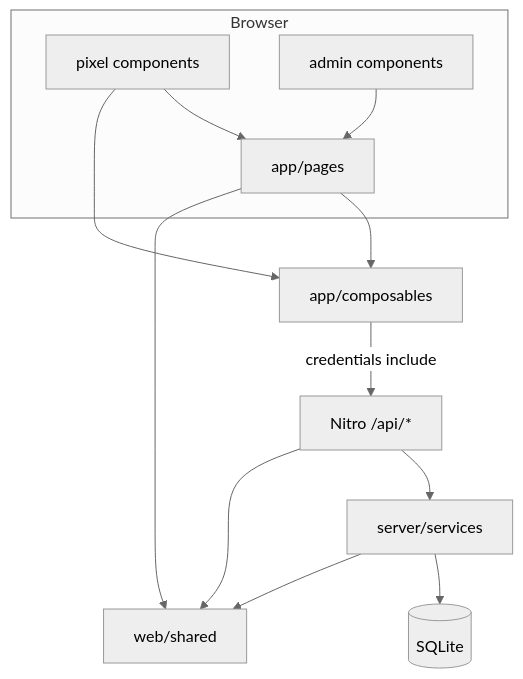
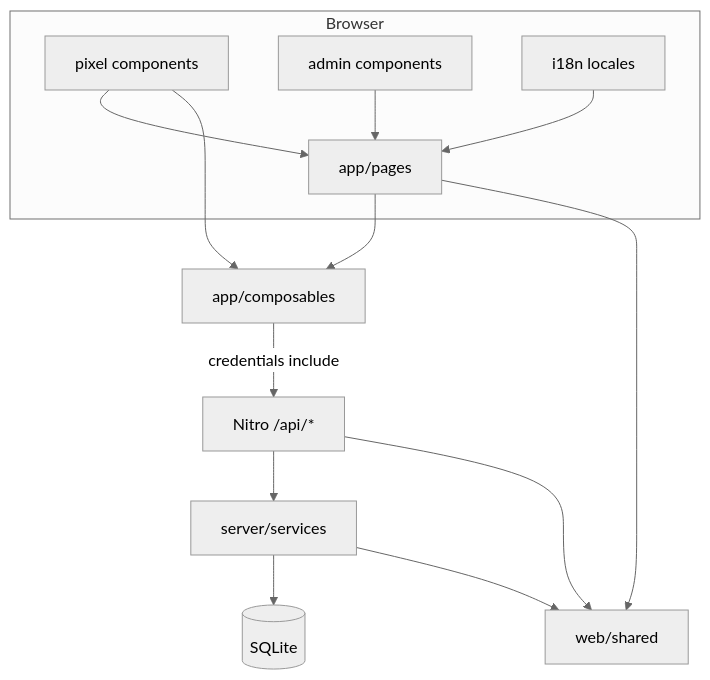
One commit to manuliner/99trees changed the diagram in .vibe/docs/dependency-graph.md. Above: the diagram before and after it, drawn with Mermaid (neutral theme). The commit also changed other lines of this file and 101 other files, not shown here.

````diff
--- a/.vibe/docs/dependency-graph.md
+++ b/.vibe/docs/dependency-graph.md
@@ -3,18 +3,20 @@
 ```mermaid
 flowchart TB
   subgraph client [Browser]
     Pages[app/pages]
     Pixel[pixel components]
     AdminUI[admin components]
+    I18n[i18n locales]
     Pixel --> Pages
     AdminUI --> Pages
+    I18n --> Pages
   end
   Pages --> Comp[app/composables]
   Comp -->|credentials include| API[Nitro /api/*]
   API --> Svc[server/services]
   Svc --> DB[(SQLite)]
   Svc --> Shared[web/shared]
   API --> Shared
   Pages --> Shared
   Pixel --> Comp
 ```
````
